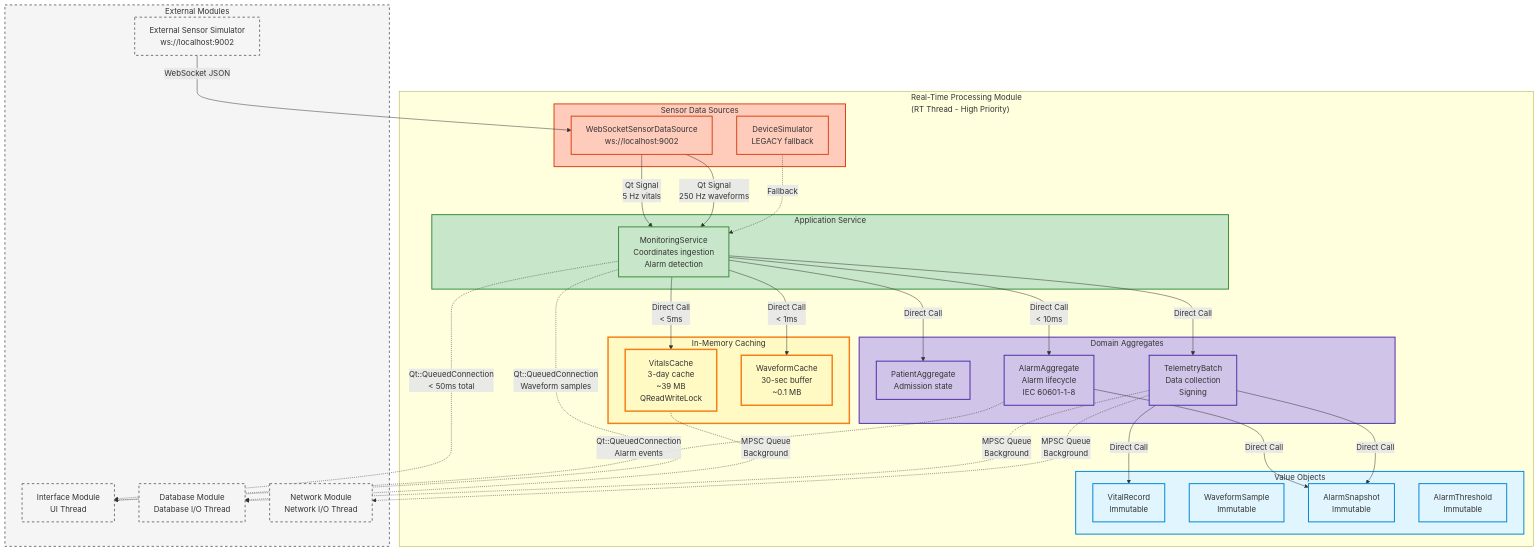
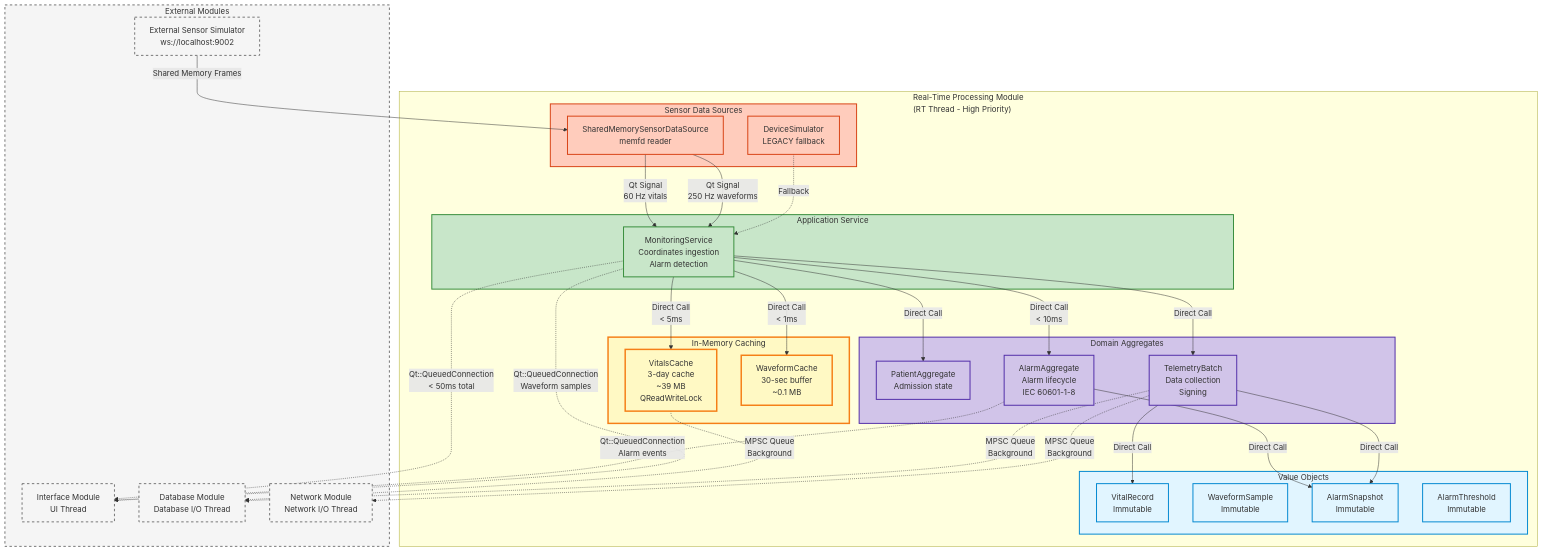
One commit to ngdzu/qtapp changed the diagram in project-dashboard/doc/z-monitor/architecture_and_design/09b_REALTIME_MODULE.mmd. Above: the diagram before and after it, drawn with Mermaid. The commit also changed 28 other files, not shown here.

Commit message:
Adjust requirement for the sensor data rate

```diff
--- a/project-dashboard/doc/z-monitor/architecture_and_design/09b_REALTIME_MODULE.mmd
+++ b/project-dashboard/doc/z-monitor/architecture_and_design/09b_REALTIME_MODULE.mmd
@@ -1,77 +1,77 @@
 graph TB
     subgraph RTModule["Real-Time Processing Module<br/>(RT Thread - High Priority)"]
         subgraph SensorSources["Sensor Data Sources"]
-            WebSocketSource[WebSocketSensorDataSource<br/>ws://localhost:9002]
+            SharedMemorySource[SharedMemorySensorDataSource<br/>memfd reader]
             DeviceSim[DeviceSimulator<br/>LEGACY fallback]
         end
 
         subgraph Caching["In-Memory Caching"]
             VitalsCache[VitalsCache<br/>3-day cache<br/>~39 MB<br/>QReadWriteLock]
             WaveformCache[WaveformCache<br/>30-sec buffer<br/>~0.1 MB]
         end
 
         subgraph Services["Application Service"]
             MonitoringService[MonitoringService<br/>Coordinates ingestion<br/>Alarm detection]
         end
 
         subgraph Aggregates["Domain Aggregates"]
             PatientAgg[PatientAggregate<br/>Admission state]
             TelemetryBatch[TelemetryBatch<br/>Data collection<br/>Signing]
             AlarmAgg[AlarmAggregate<br/>Alarm lifecycle<br/>IEC 60601-1-8]
         end
 
         subgraph ValueObjects["Value Objects"]
             VitalRecord[VitalRecord<br/>Immutable]
             WaveformSample[WaveformSample<br/>Immutable]
             AlarmSnapshot[AlarmSnapshot<br/>Immutable]
             AlarmThreshold[AlarmThreshold<br/>Immutable]
         end
     end
 
     subgraph ExternalModules["External Modules"]
         SensorSimulator[External Sensor Simulator<br/>ws://localhost:9002]
         InterfaceModule[Interface Module<br/>UI Thread]
         DatabaseModule[Database Module<br/>Database I/O Thread]
         NetworkModule[Network Module<br/>Network I/O Thread]
     end
 
     %% Critical Path (Real-Time)
-    SensorSimulator -->|WebSocket JSON| WebSocketSource
-    WebSocketSource -->|Qt Signal<br/>5 Hz vitals| MonitoringService
-    WebSocketSource -->|Qt Signal<br/>250 Hz waveforms| MonitoringService
+    SensorSimulator -->|Shared Memory Frames| SharedMemorySource
+    SharedMemorySource -->|Qt Signal<br/>60 Hz vitals| MonitoringService
+    SharedMemorySource -->|Qt Signal<br/>250 Hz waveforms| MonitoringService
     DeviceSim -.->|Fallback| MonitoringService
 
     MonitoringService -->|Direct Call<br/>< 5ms| VitalsCache
     MonitoringService -->|Direct Call<br/>< 1ms| WaveformCache
     MonitoringService -->|Direct Call<br/>< 10ms| AlarmAgg
     MonitoringService -->|Direct Call| PatientAgg
     MonitoringService -->|Direct Call| TelemetryBatch
 
     AlarmAgg -->|Direct Call| AlarmSnapshot
     TelemetryBatch -->|Direct Call| VitalRecord
     TelemetryBatch -->|Direct Call| AlarmSnapshot
 
     %% Outbound (Non-Critical)
     VitalsCache -.->|MPSC Queue<br/>Background| DatabaseModule
     TelemetryBatch -.->|MPSC Queue<br/>Background| DatabaseModule
     TelemetryBatch -.->|MPSC Queue<br/>Background| NetworkModule
 
     %% Outbound (Critical - UI Updates)
     MonitoringService -.->|Qt::QueuedConnection<br/>< 50ms total| InterfaceModule
     AlarmAgg -.->|Qt::QueuedConnection<br/>Alarm events| InterfaceModule
     MonitoringService -.->|Qt::QueuedConnection<br/>Waveform samples| InterfaceModule
 
     %% Styling
     classDef sensor fill:#ffccbc,stroke:#d84315,stroke-width:2px
     classDef cache fill:#fff9c4,stroke:#f57f17,stroke-width:3px
     classDef service fill:#c8e6c9,stroke:#388e3c,stroke-width:2px
     classDef aggregate fill:#d1c4e9,stroke:#512da8,stroke-width:2px
     classDef value fill:#e1f5ff,stroke:#0288d1,stroke-width:2px
     classDef external fill:#f5f5f5,stroke:#757575,stroke-width:2px,stroke-dasharray: 5 5
 
-    class SensorSources,WebSocketSource,DeviceSim sensor
+    class SensorSources,SharedMemorySource,DeviceSim sensor
     class Caching,VitalsCache,WaveformCache cache
     class Services,MonitoringService service
     class Aggregates,PatientAgg,TelemetryBatch,AlarmAgg aggregate
     class ValueObjects,VitalRecord,WaveformSample,AlarmSnapshot,AlarmThreshold value
     class ExternalModules,SensorSimulator,InterfaceModule,DatabaseModule,NetworkModule external
```
